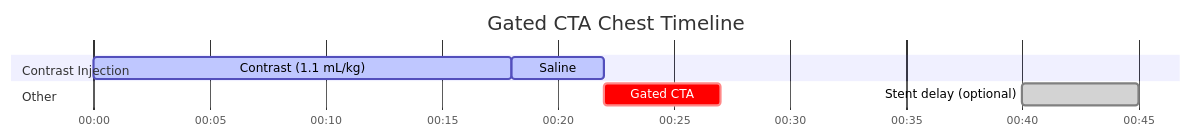
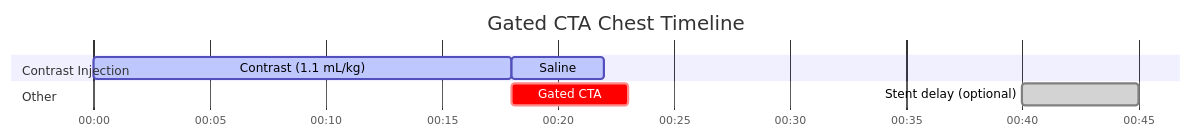
The diagram in docs/ct/cardiac/gated-cta-chest.md (dfergs93/radiology-protocols), drawn with Mermaid before and after one commit. The commit also changed other lines of this file and 85 other files, not shown here.

Commit message:
Regenerate protocol markdown files with acquisition-diagram placeholder

````diff
--- a/docs/ct/cardiac/gated-cta-chest.md
+++ b/docs/ct/cardiac/gated-cta-chest.md
@@ -87,19 +87,19 @@
   ```mermaid
   ---
   displayMode: compact
   config:
     theme: default
     themeCSS: " #Saline{ fill: #4ed5ff; stroke: #2094f3; } "
   ---
     gantt
       title Gated CTA Chest Timeline
       dateFormat mm:ss
       axisFormat %M:%S 
       
       section Contrast Injection
       Contrast (1.1 mL/kg)    :active, contrast, 00:00, 18s
       Saline          :active, saline, after contrast, 4s
       section Other
-      Gated CTA    :crit, scan1, after saline, 5s
+      Gated CTA    :crit, scan1, after contrast, 5s
       Stent delay (optional)    :done, scan2, 00:40, 5s
   ```
````
